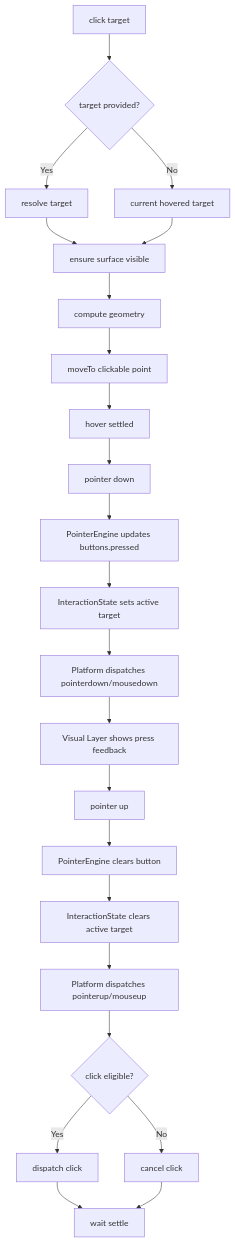
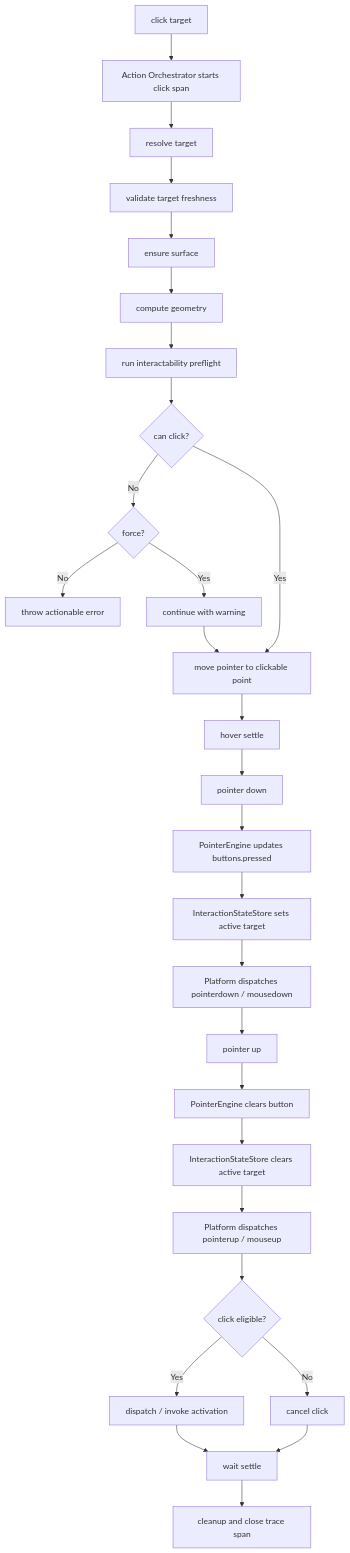
The fourth of 5 diagrams in docs/browser-architecture.md (syi0808/actorble), drawn with Mermaid before and after one commit. The commit also changed other lines of this file and 1 other file, not shown here.

Commit message:
update architecture draft docs

````diff
--- a/docs/browser-architecture.md
+++ b/docs/browser-architecture.md
@@ -497,32 +1512,36 @@
 ```mermaid
 flowchart TD
-    A[click target] --> B{target provided?}
-    B -->|Yes| C[resolve target]
-    B -->|No| D[current hovered target]
+    A[click target] --> B[Action Orchestrator starts click span]
+    B --> C[resolve target]
+    C --> D[validate target freshness]
+    D --> E[ensure surface]
+    E --> F[compute geometry]
+    F --> G[run interactability preflight]
 
-    C --> E[ensure surface visible]
-    D --> E
+    G --> H{can click?}
+    H -->|No| I{force?}
+    I -->|No| J[throw actionable error]
+    I -->|Yes| K[continue with warning]
 
-    E --> F[compute geometry]
-    F --> G[moveTo clickable point]
+    H -->|Yes| L[move pointer to clickable point]
+    K --> L
 
-    G --> H[hover settled]
+    L --> M[hover settle]
+    M --> N[pointer down]
+    N --> O[PointerEngine updates buttons.pressed]
+    O --> P[InteractionStateStore sets active target]
+    P --> Q[Platform dispatches pointerdown / mousedown]
 
-    H --> I[pointer down]
-    I --> J[PointerEngine updates buttons.pressed]
-    J --> K[InteractionState sets active target]
-    K --> L[Platform dispatches pointerdown/mousedown]
-    L --> M[Visual Layer shows press feedback]
+    Q --> R[pointer up]
+    R --> S[PointerEngine clears button]
+    S --> T[InteractionStateStore clears active target]
+    T --> U[Platform dispatches pointerup / mouseup]
 
-    M --> N[pointer up]
-    N --> O[PointerEngine clears button]
-    O --> P[InteractionState clears active target]
-    P --> Q[Platform dispatches pointerup/mouseup]
+    U --> V{click eligible?}
+    V -->|Yes| W[dispatch / invoke activation]
+    V -->|No| X[cancel click]
 
-    Q --> R{click eligible?}
-    R -->|Yes| S[dispatch click]
-    R -->|No| T[cancel click]
-
-    S --> U[wait settle]
-    T --> U
+    W --> Y[wait settle]
+    X --> Y
+    Y --> Z[cleanup and close trace span]
 ```
````
